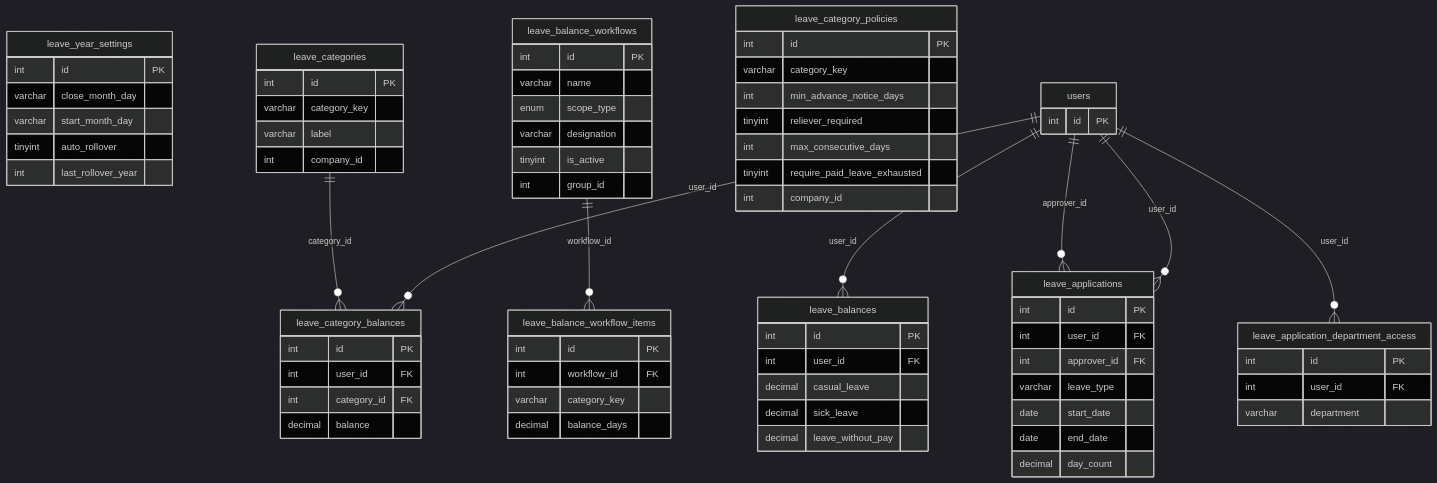
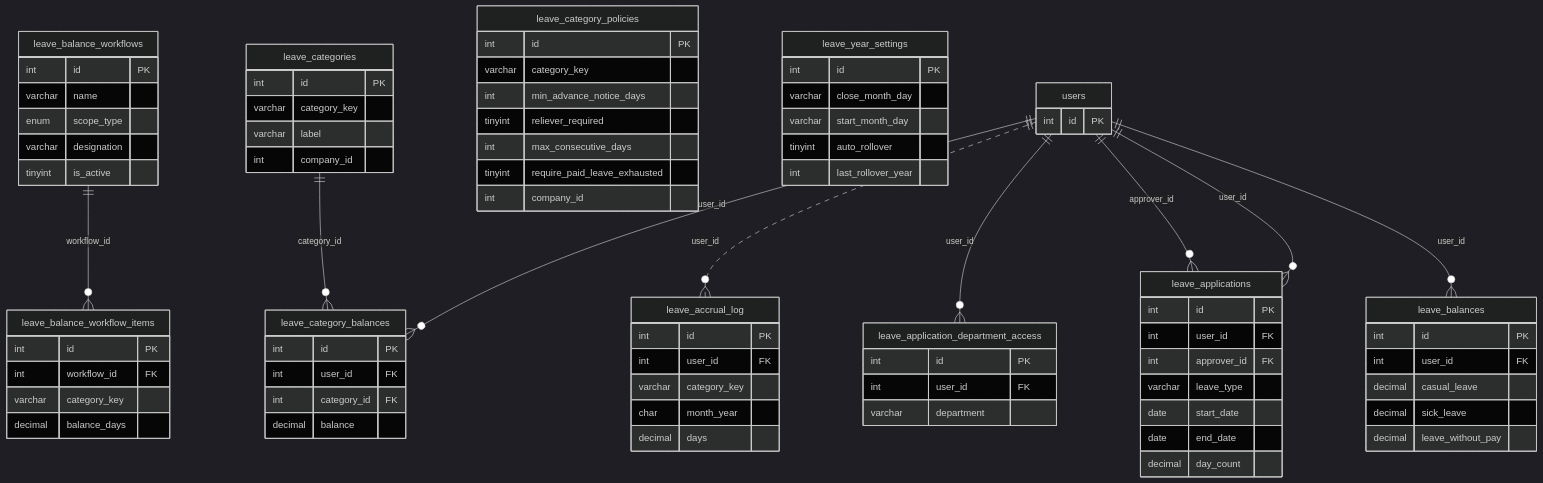
The diagram in docs/architecture/database/diagrams/c-leave.mmd (ruhulamencredence/CredenceHR), drawn with Mermaid (dark theme) before and after one commit. The commit also changed 82 other files, not shown here.

First line of the commit message:
docs: keep architecture docs in sync with the code automatically

```diff
--- a/docs/architecture/database/diagrams/c-leave.mmd
+++ b/docs/architecture/database/diagrams/c-leave.mmd
@@ -1,74 +1,81 @@
 erDiagram
-  leave_year_settings {
-    int id PK
-    varchar close_month_day
-    varchar start_month_day
-    tinyint auto_rollover
-    int last_rollover_year
-  }
-  leave_balances {
+  leave_accrual_log {
     int id PK
     int user_id FK
-    decimal casual_leave
-    decimal sick_leave
-    decimal leave_without_pay
+    varchar category_key
+    char month_year
+    decimal days
+  }
+  leave_application_department_access {
+    int id PK
+    int user_id FK
+    varchar department
   }
   leave_applications {
     int id PK
     int user_id FK
     int approver_id FK
     varchar leave_type
     date start_date
     date end_date
     decimal day_count
   }
   leave_balance_workflow_items {
     int id PK
     int workflow_id FK
     varchar category_key
     decimal balance_days
   }
+  leave_balance_workflows {
+    int id PK
+    varchar name
+    enum scope_type
+    varchar designation
+    tinyint is_active
+  }
+  leave_balances {
+    int id PK
+    int user_id FK
+    decimal casual_leave
+    decimal sick_leave
+    decimal leave_without_pay
+  }
   leave_categories {
     int id PK
     varchar category_key
     varchar label
     int company_id
   }
-  leave_balance_workflows {
-    int id PK
-    varchar name
-    enum scope_type
-    varchar designation
-    tinyint is_active
-    int group_id
-  }
   leave_category_balances {
     int id PK
     int user_id FK
     int category_id FK
     decimal balance
-  }
-  leave_application_department_access {
-    int id PK
-    int user_id FK
-    varchar department
   }
   leave_category_policies {
     int id PK
     varchar category_key
     int min_advance_notice_days
     tinyint reliever_required
     int max_consecutive_days
     tinyint require_paid_leave_exhausted
     int company_id
   }
+  leave_year_settings {
+    int id PK
+    varchar close_month_day
+    varchar start_month_day
+    tinyint auto_rollover
+    int last_rollover_year
+  }
   users {
     int id PK
   }
-  users ||--o{ leave_balances : "user_id"
+  users ||..o{ leave_accrual_log : "user_id"
+  users ||--o{ leave_application_department_access : "user_id"
   users ||--o{ leave_applications : "approver_id"
   users ||--o{ leave_applications : "user_id"
   leave_balance_workflows ||--o{ leave_balance_workflow_items : "workflow_id"
+  users ||--o{ leave_balances : "user_id"
   leave_categories ||--o{ leave_category_balances : "category_id"
   users ||--o{ leave_category_balances : "user_id"
-  users ||--o{ leave_application_department_access : "user_id"
```
